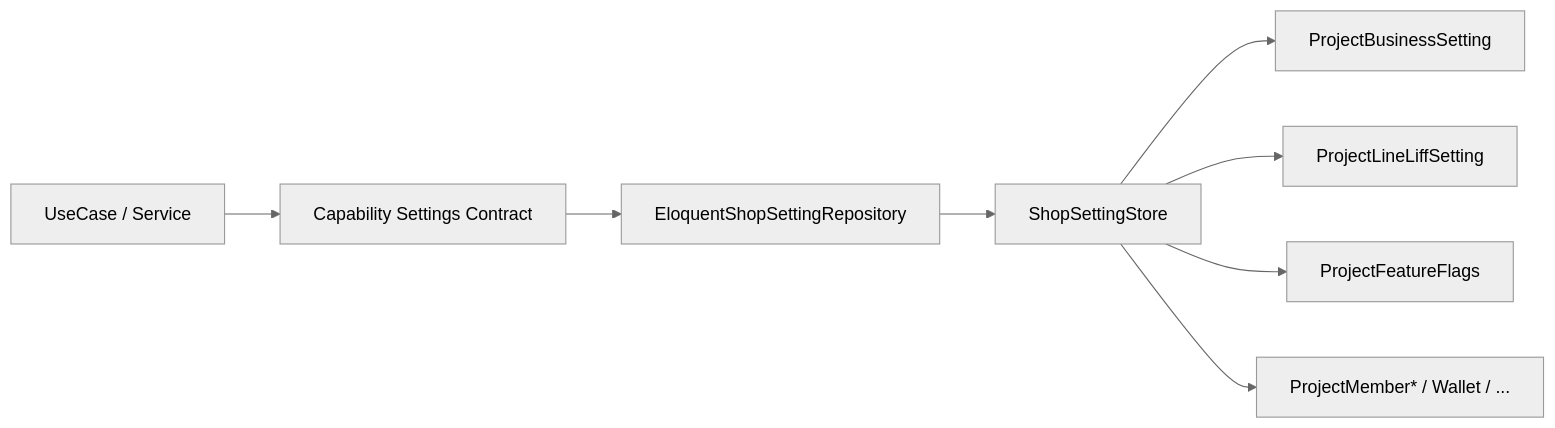
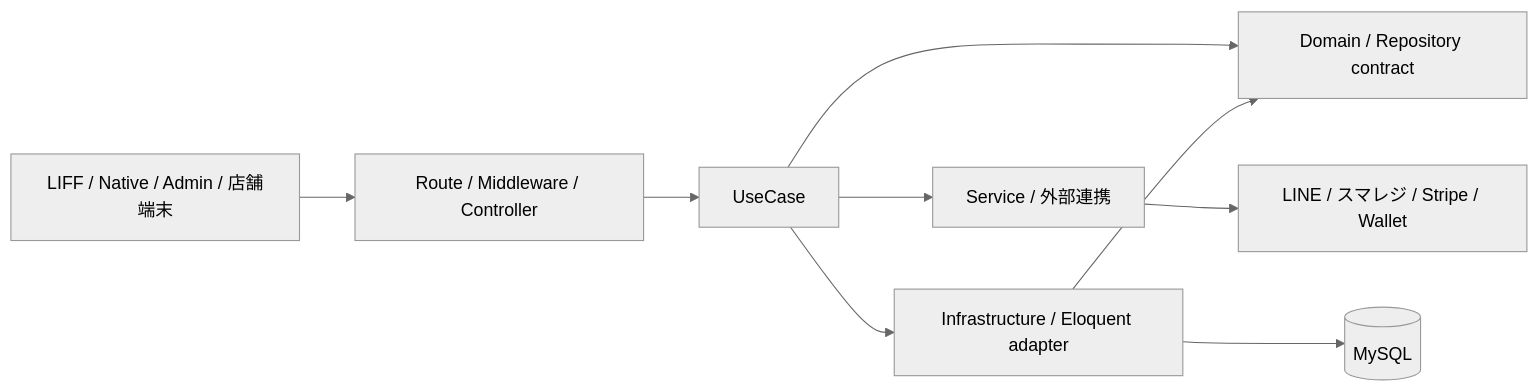
One commit to kosukesh34/Reggit changed the diagram in docs/ARCHITECTURE.md. Above: the diagram before and after it, drawn with Mermaid (neutral theme). The commit also changed other lines of this file and 50 other files, not shown here.

````diff
--- a/docs/ARCHITECTURE.md
+++ b/docs/ARCHITECTURE.md
@@ -288,10 +7,11 @@
 ```mermaid
 flowchart LR
-  UC[UseCase / Service] --> IF[Capability Settings Contract]
-  IF --> Impl[EloquentShopSettingRepository]
-  Impl --> Store[ShopSettingStore]
-  Store --> T1[ProjectBusinessSetting]
-  Store --> T2[ProjectLineLiffSetting]
-  Store --> T3[ProjectFeatureFlags]
-  Store --> T4[ProjectMember* / Wallet / ...]
+    Client[LIFF / Native / Admin / 店舗端末] --> HTTP[Route / Middleware / Controller]
+    HTTP --> UC[UseCase]
+    UC --> Domain[Domain / Repository contract]
+    UC --> Service[Service / 外部連携]
+    Infra[Infrastructure / Eloquent adapter] --> Domain
+    UC --> Infra
+    Infra --> DB[(MySQL)]
+    Service --> External[LINE / スマレジ / Stripe / Wallet]
 ```
````
